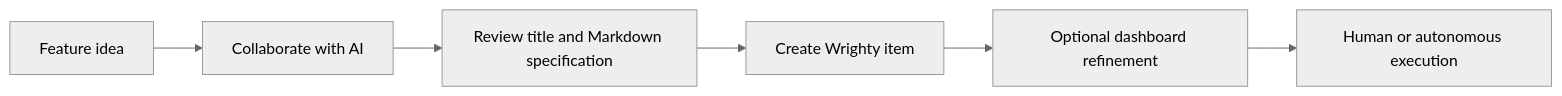
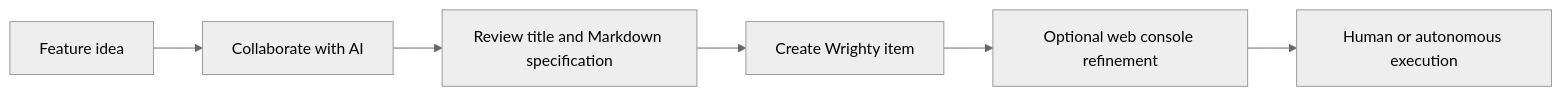
Before and after one commit to highbyte/wrighty: the first of 3 diagrams in docs/workflows.md, drawn with Mermaid (neutral theme). The commit also changed other lines of this file and 37 other files, not shown here.

````diff
--- a/docs/workflows.md
+++ b/docs/workflows.md
@@ -80,8 +80,8 @@
 ```mermaid
 flowchart LR
     Idea["Feature idea"] --> Discuss["Collaborate with AI"]
     Discuss --> Draft["Review title and Markdown specification"]
     Draft --> Create["Create Wrighty item"]
-    Create --> Refine["Optional dashboard refinement"]
+    Create --> Refine["Optional web console refinement"]
     Refine --> Dispatch["Human or autonomous execution"]
 ```
````
